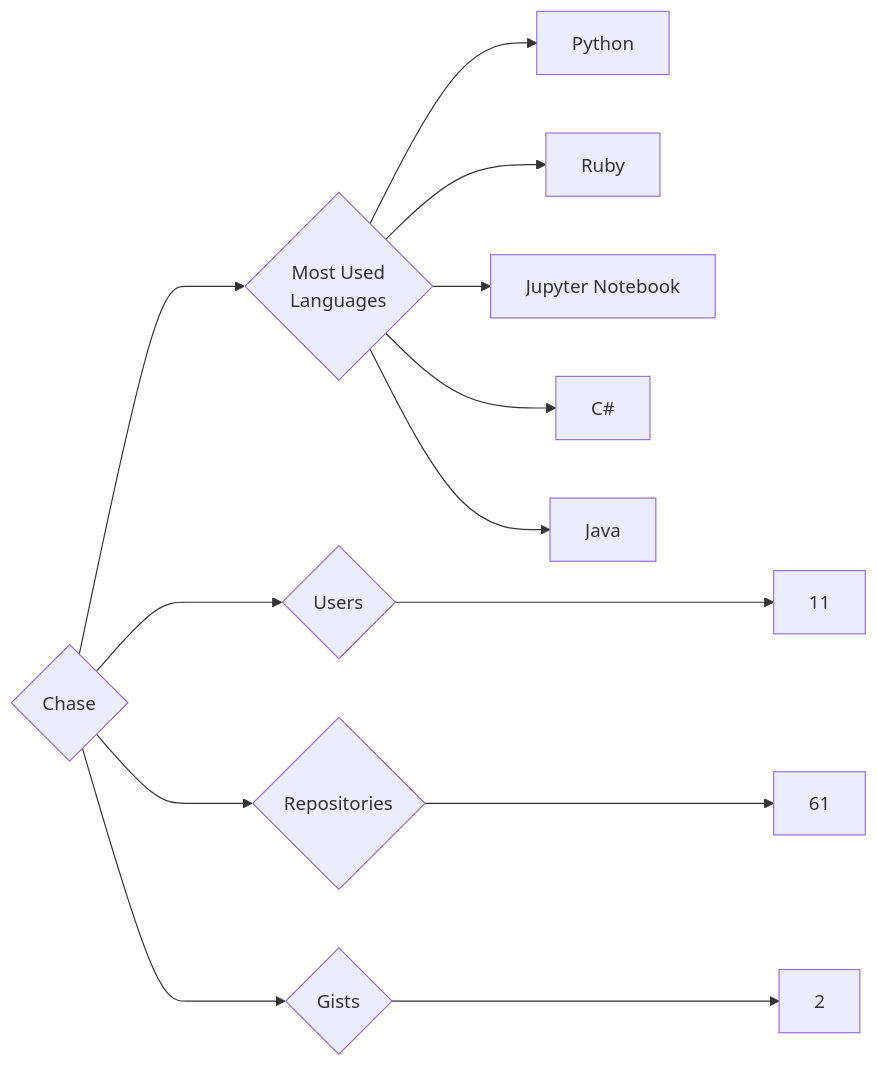
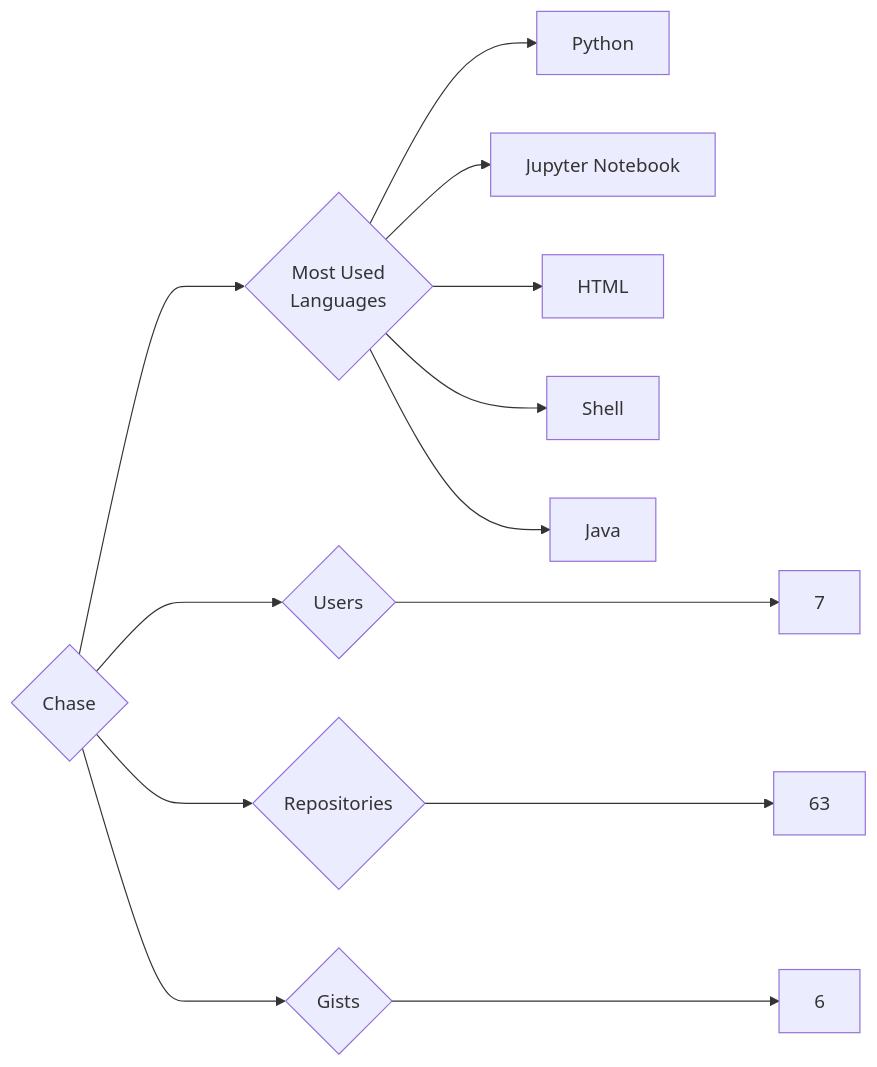
The diagram in targets/Chase/README.md (trickest/insiders), drawn with Mermaid before and after one commit. The commit also changed 1195 other files, not shown here.

````diff
--- a/targets/Chase/README.md
+++ b/targets/Chase/README.md
@@ -3,13 +3,13 @@
 ```mermaid
 graph LR
 COMPANY_NAME{Chase}
-COMPANY_NAME ---> U{Users} ---> UN[11]
-COMPANY_NAME ---> R{Repositories} ---> RN[61]
-COMPANY_NAME ---> G{Gists} ---> GN[2]
+COMPANY_NAME ---> U{Users} ---> UN[7]
+COMPANY_NAME ---> R{Repositories} ---> RN[63]
+COMPANY_NAME ---> G{Gists} ---> GN[6]
 COMPANY_NAME ---> ML{Most Used<br>Languages}
 ML --> Python[Python]
-ML --> Ruby[Ruby]
 ML --> Jupyter_Notebook[Jupyter Notebook]
-ML --> C#[C#]
+ML --> HTML[HTML]
+ML --> Shell[Shell]
 ML --> Java[Java]
 ```
````
